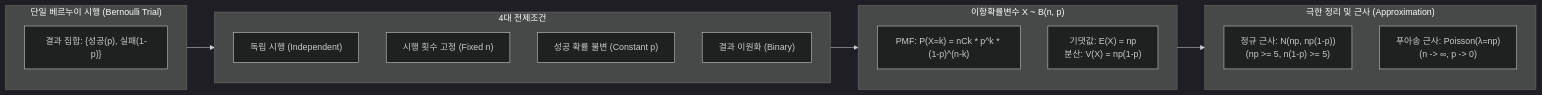
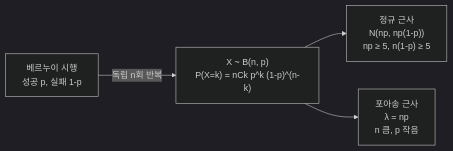
One commit to supremethumb/supremethumb.github.io changed the diagram in content/01_IT Tech/이항분포.md. Above: the diagram before and after it, drawn with Mermaid (dark theme). The commit also changed other lines of this file and 1087 other files, not shown here.

````diff
--- a/content/01_IT Tech/이항분포.md
+++ b/content/01_IT Tech/이항분포.md
@@ -23,32 +36,6 @@
 ```mermaid
 flowchart LR
-    subgraph Trial["단일 베르누이 시행 (Bernoulli Trial)"]
-        direction TB
-        T1["결과 집합: {성공(p), 실패(1-p)}"]
-    end
-
-    subgraph Conditions["4대 전제조건"]
-        direction TB
-        C1["독립 시행 (Independent)"]
-        C2["시행 횟수 고정 (Fixed n)"]
-        C3["성공 확률 불변 (Constant p)"]
-        C4["결과 이원화 (Binary)"]
-    end
-
-    subgraph Binomial["이항확률변수 X ~ B(n, p)"]
-        direction TB
-        PMF["PMF: P(X=k) = nCk * p^k * (1-p)^(n-k)"]
-        STAT["기댓값: E(X) = np<br/>분산: V(X) = np(1-p)"]
-    end
-
-    subgraph Approximation["극한 정리 및 근사 (Approximation)"]
-        direction TB
-        NORM["정규 근사: N(np, np(1-p))<br/>(np >= 5, n(1-p) >= 5)"]
-        POIS["푸아송 근사: Poisson(λ=np)<br/>(n -> ∞, p -> 0)"]
-    end
-
-    Trial --> Conditions
-    Conditions --> Binomial
-    Binomial --> Approximation
-
+    T["베르누이 시행<br/>성공 p, 실패 1-p"] -- "독립 n회 반복" --> B["X ~ B(n, p)<br/>P(X=k) = nCk p^k (1-p)^(n-k)"]
+    B --> N["정규 근사<br/>N(np, np(1-p))<br/>np ≥ 5, n(1-p) ≥ 5"]
+    B --> P["포아송 근사<br/>λ = np<br/>n 큼, p 작음"]
 ```
````
